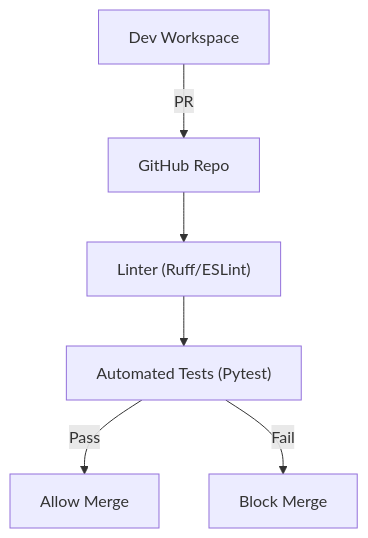
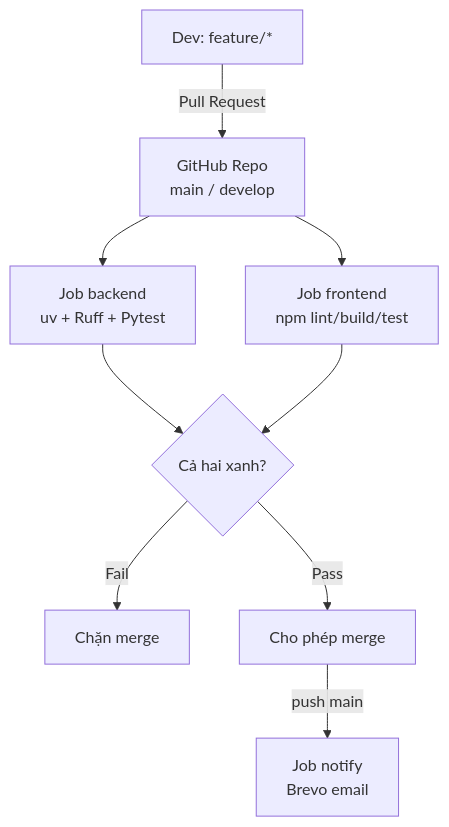
Before and after one commit to se-bros/hcmus-projectmanage--lab: the first of 4 diagrams in final-exam/preparation/5_CICD_DevOps_Testing/README.md, drawn with Mermaid. The commit also changed other lines of this file and 7 other files, not shown here.

````diff
--- a/final-exam/preparation/5_CICD_DevOps_Testing/README.md
+++ b/final-exam/preparation/5_CICD_DevOps_Testing/README.md
@@ -54,9 +55,11 @@
 ```mermaid
 flowchart TD
-    %% Tự vẽ sơ đồ luồng CI và ghi chú công cụ tương ứng
-    Dev["Dev Workspace"] -->|PR| Repo["GitHub Repo"]
-    Repo --> Lint["Linter (Ruff/ESLint)"]
-    Lint --> Test["Automated Tests (Pytest)"]
-    Test -->|Pass| Merge["Allow Merge"]
-    Test -->|Fail| Block["Block Merge"]
+    Dev["Dev: feature/*"] -->|Pull Request| GH["GitHub Repo<br/>main / develop"]
+    GH --> BE["Job backend<br/>uv + Ruff + Pytest"]
+    GH --> FE["Job frontend<br/>npm lint/build/test"]
+    BE --> Gate{Cả hai xanh?}
+    FE --> Gate
+    Gate -->|Fail| Block["Chặn merge"]
+    Gate -->|Pass| Merge["Cho phép merge"]
+    Merge -->|push main| Mail["Job notify<br/>Brevo email"]
 ```
````
